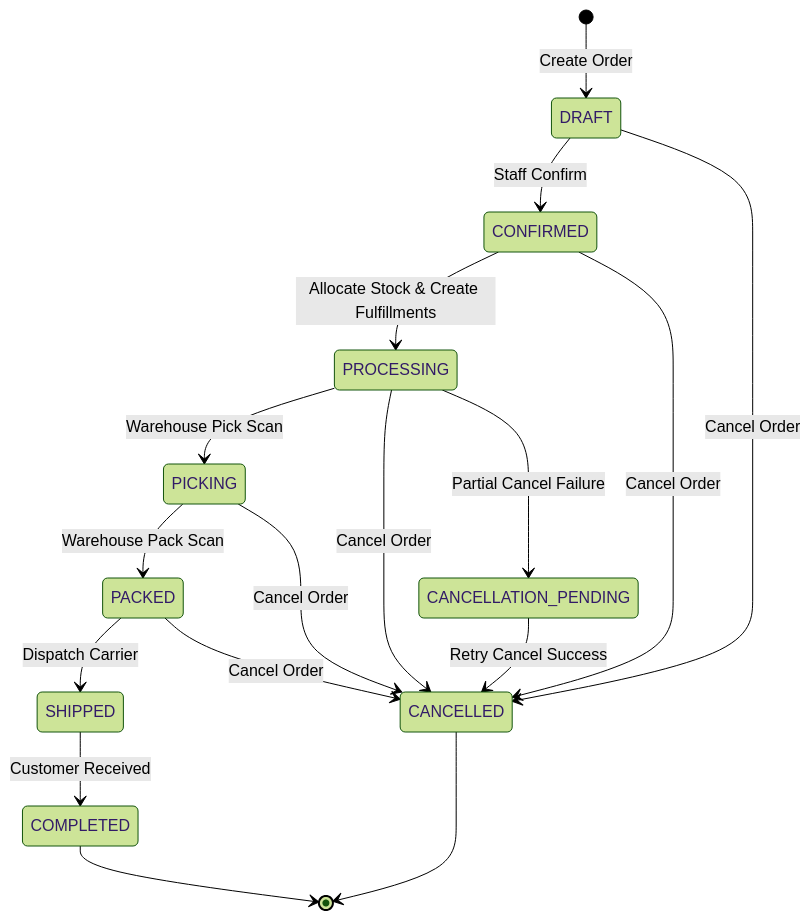
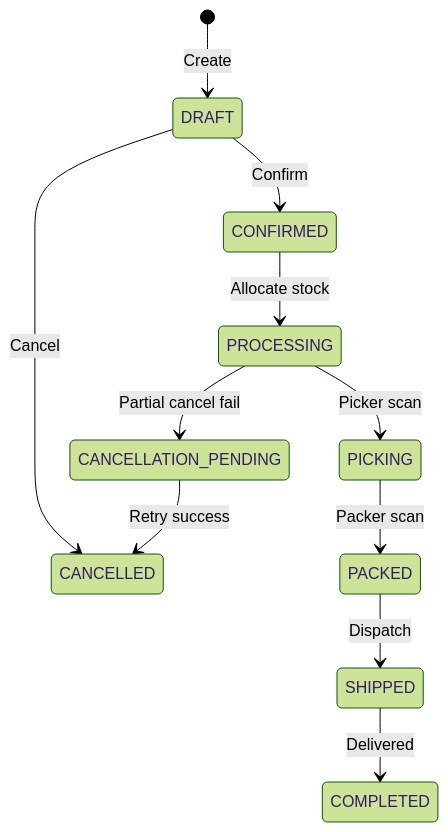
Before and after one commit to lupca/topvnsport: the third of 4 diagrams in docs/ARCHITECTURE.md, drawn with Mermaid (forest theme). The commit also changed other lines of this file and 93 other files, not shown here.

````diff
--- a/docs/ARCHITECTURE.md
+++ b/docs/ARCHITECTURE.md
@@ -174,27 +74,13 @@
 ```mermaid
 stateDiagram-v2
-    [*] --> DRAFT : Create Order
-    
-    DRAFT --> CONFIRMED : Staff Confirm
-    DRAFT --> CANCELLED : Cancel Order
-    
-    CONFIRMED --> PROCESSING : Allocate Stock & Create Fulfillments
-    CONFIRMED --> CANCELLED : Cancel Order
-    
-    PROCESSING --> PICKING : Warehouse Pick Scan
-    PROCESSING --> CANCELLED : Cancel Order
-    
-    PICKING --> PACKED : Warehouse Pack Scan
-    PICKING --> CANCELLED : Cancel Order
-    
-    PACKED --> SHIPPED : Dispatch Carrier
-    PACKED --> CANCELLED : Cancel Order
-    
-    SHIPPED --> COMPLETED : Customer Received
-    
-    PROCESSING --> CANCELLATION_PENDING : Partial Cancel Failure
-    CANCELLATION_PENDING --> CANCELLED : Retry Cancel Success
-    
-    COMPLETED --> [*]
-    CANCELLED --> [*]
+    [*] --> DRAFT : Create
+    DRAFT --> CONFIRMED : Confirm
+    DRAFT --> CANCELLED : Cancel
+    CONFIRMED --> PROCESSING : Allocate stock
+    PROCESSING --> PICKING : Picker scan
+    PICKING --> PACKED : Packer scan
+    PACKED --> SHIPPED : Dispatch
+    SHIPPED --> COMPLETED : Delivered
+    PROCESSING --> CANCELLATION_PENDING : Partial cancel fail
+    CANCELLATION_PENDING --> CANCELLED : Retry success
 ```
````
